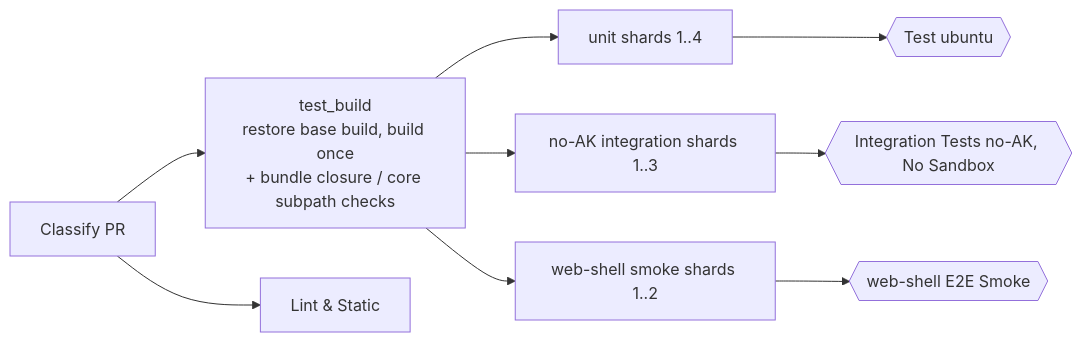
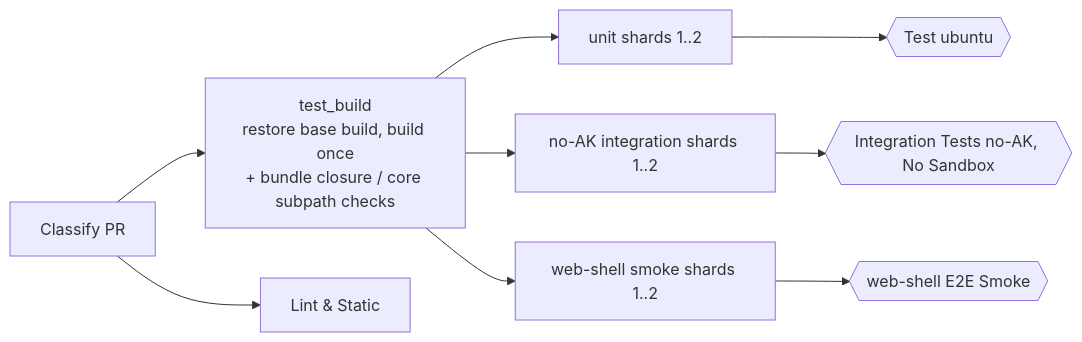
One commit to QwenLM/qwen-code changed the diagram in docs/design/2026-11-06-ci-pr-critical-path.md. Above: the diagram before and after it, drawn with Mermaid. The commit also changed other lines of this file and 12 other files, not shown here.

First line of the commit message:
ci: reduce unit and integration lanes to two shards as well

````diff
--- a/docs/design/2026-11-06-ci-pr-critical-path.md
+++ b/docs/design/2026-11-06-ci-pr-critical-path.md
@@ -57,11 +57,11 @@
 ```mermaid
 flowchart LR
     C[Classify PR] --> B[test_build<br/>restore base build, build once<br/>+ bundle closure / core subpath checks]
     C --> L[Lint & Static]
-    B --> U[unit shards 1..4]
-    B --> I[no-AK integration shards 1..3]
+    B --> U[unit shards 1..2]
+    B --> I[no-AK integration shards 1..2]
     B --> W[web-shell smoke shards 1..2]
     U --> T{{Test ubuntu}}
     I --> R{{Integration Tests no-AK, No Sandbox}}
     W --> WR{{web-shell E2E Smoke}}
 ```
````
